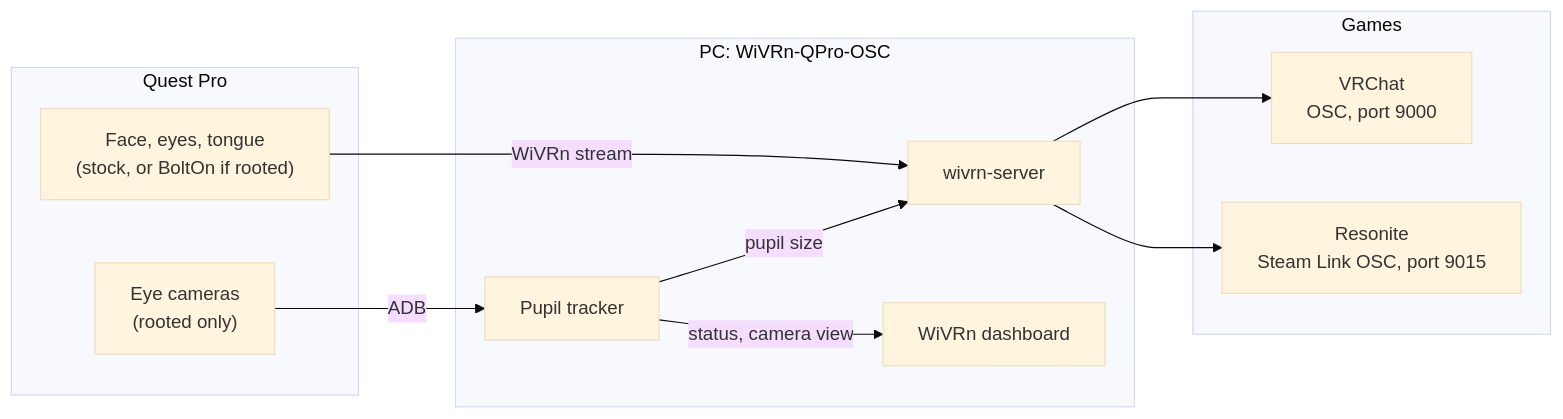
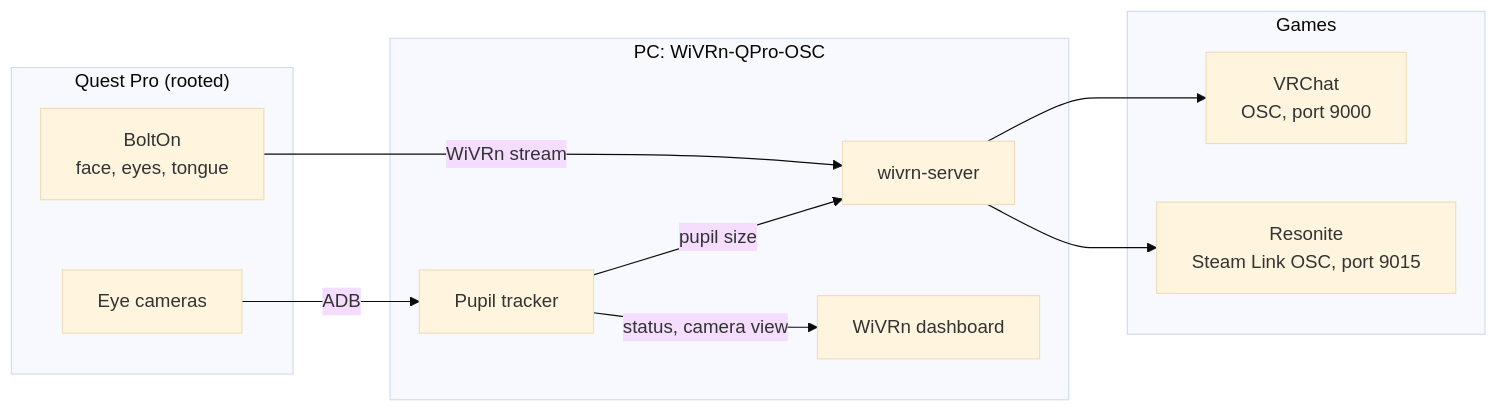
Before and after one commit to Seventh-Void/WiVRn-QPro-OSC: the first of 2 diagrams in README.md, drawn with Mermaid (base theme). The commit also changed other lines of this file, not shown here.

First line of the commit message:
README: rooted and stock Quest Pro diagrams side by side in How it fits together

````diff
--- a/README.md
+++ b/README.md
@@ -25,22 +27,22 @@
 ```mermaid
 flowchart LR
-    subgraph Headset["Quest Pro"]
-        BoltOn["Face, eyes, tongue<br/>(stock, or BoltOn if rooted)"]
-        Cameras["Eye cameras<br/>(rooted only)"]
+    subgraph Headset["Quest Pro (rooted)"]
+        BoltOn["BoltOn<br/>face, eyes, tongue"]
+        Cameras["Eye cameras"]
     end
     subgraph PC["PC: WiVRn-QPro-OSC"]
         Server["wivrn-server"]
         Pupils["Pupil tracker"]
         Dashboard["WiVRn dashboard"]
     end
     subgraph Games["Games"]
         VRChat["VRChat<br/>OSC, port 9000"]
         Resonite["Resonite<br/>Steam Link OSC, port 9015"]
     end
     BoltOn -- "WiVRn stream" --> Server
     Cameras -- "ADB" --> Pupils
     Pupils -- "pupil size" --> Server
     Pupils -- "status, camera view" --> Dashboard
     Server --> VRChat
     Server --> Resonite
 ```
````
